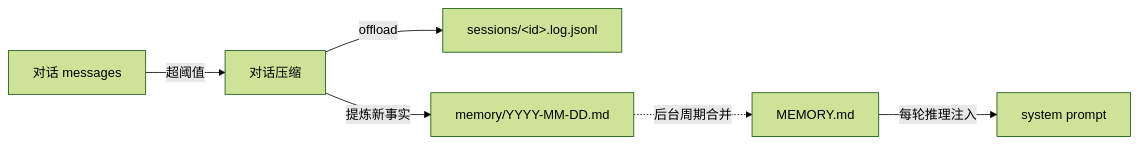
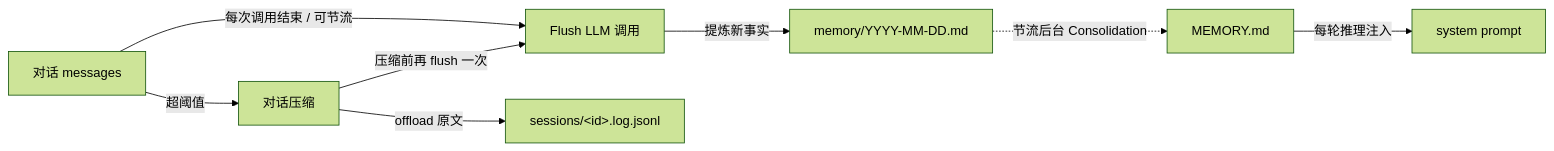
One commit to agentscope-ai/agentscope-java changed the diagram in docs/v2/zh/docs/harness/memory.md. Above: the diagram before and after it, drawn with Mermaid (forest theme). The commit also changed other lines of this file and 70 other files, not shown here.

````diff
--- a/docs/v2/zh/docs/harness/memory.md
+++ b/docs/v2/zh/docs/harness/memory.md
@@ -21,8 +33,11 @@
 ```{mermaid}
 graph LR
-    Conv["对话 messages"] -->|超阈值| Compactor["对话压缩"]
-    Compactor -->|offload| Sess["sessions/&lt;id&gt;.log.jsonl"]
-    Compactor -->|提炼新事实| Daily["memory/YYYY-MM-DD.md"]
-    Daily -. 后台周期合并 .-> MEM["MEMORY.md"]
+    Conv["对话 messages"]
+    Conv -->|每次调用结束 / 可节流| Flush["Flush LLM 调用"]
+    Flush -->|提炼新事实| Daily["memory/YYYY-MM-DD.md"]
+    Conv -->|超阈值| Compactor["对话压缩"]
+    Compactor -->|offload 原文| Sess["sessions/&lt;id&gt;.log.jsonl"]
+    Compactor -->|压缩前再 flush 一次| Flush
+    Daily -. 节流后台 Consolidation .-> MEM["MEMORY.md"]
     MEM -->|每轮推理注入| SYS["system prompt"]
 ```
````
